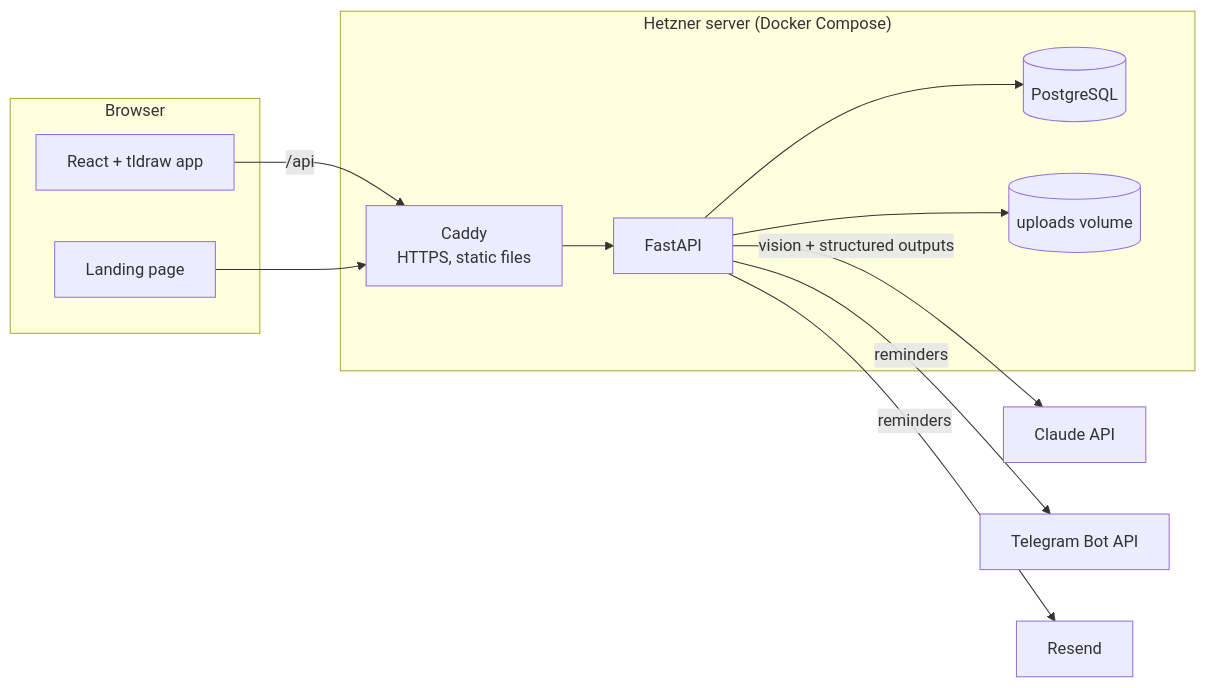
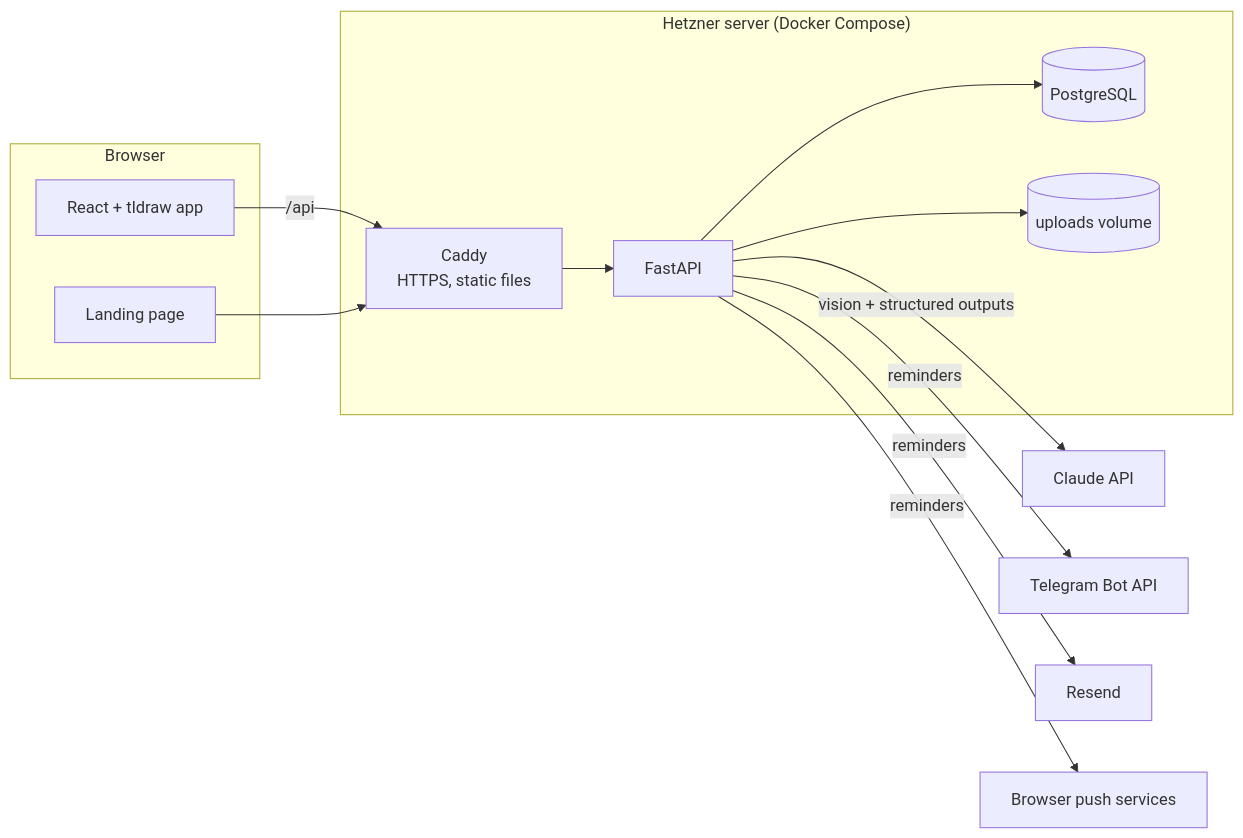
Before and after one commit to Durapix/chalkback: the first of 2 diagrams in docs/architecture.md, drawn with Mermaid. The commit also changed other lines of this file and 7 other files, not shown here.

````diff
--- a/docs/architecture.md
+++ b/docs/architecture.md
@@ -3,20 +3,21 @@
 ```mermaid
 flowchart LR
   subgraph Browser
     W[React + tldraw app]
     L[Landing page]
   end
   subgraph Server["Hetzner server (Docker Compose)"]
     C[Caddy<br/>HTTPS, static files]
     A[FastAPI]
     S[(PostgreSQL)]
     F[(uploads volume)]
   end
   W -- /api --> C --> A
   L --> C
   A --> S
   A --> F
   A -- vision + structured outputs --> Claude[Claude API]
   A -- reminders --> T[Telegram Bot API]
   A -- reminders --> R[Resend]
+  A -- reminders --> P[Browser push services]
 ```
````
